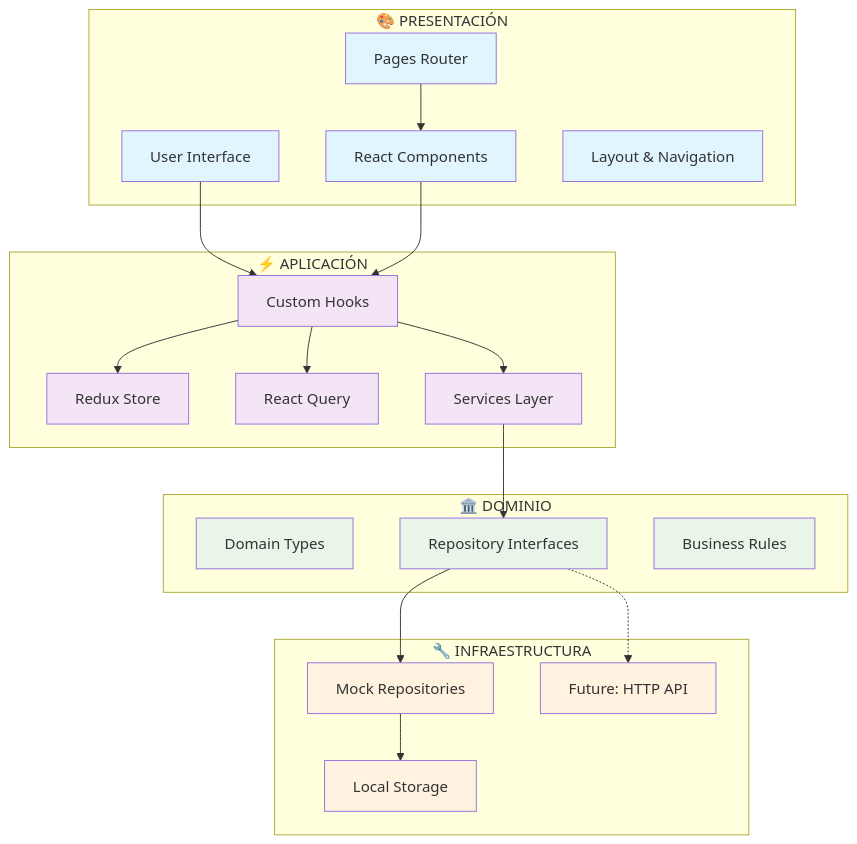
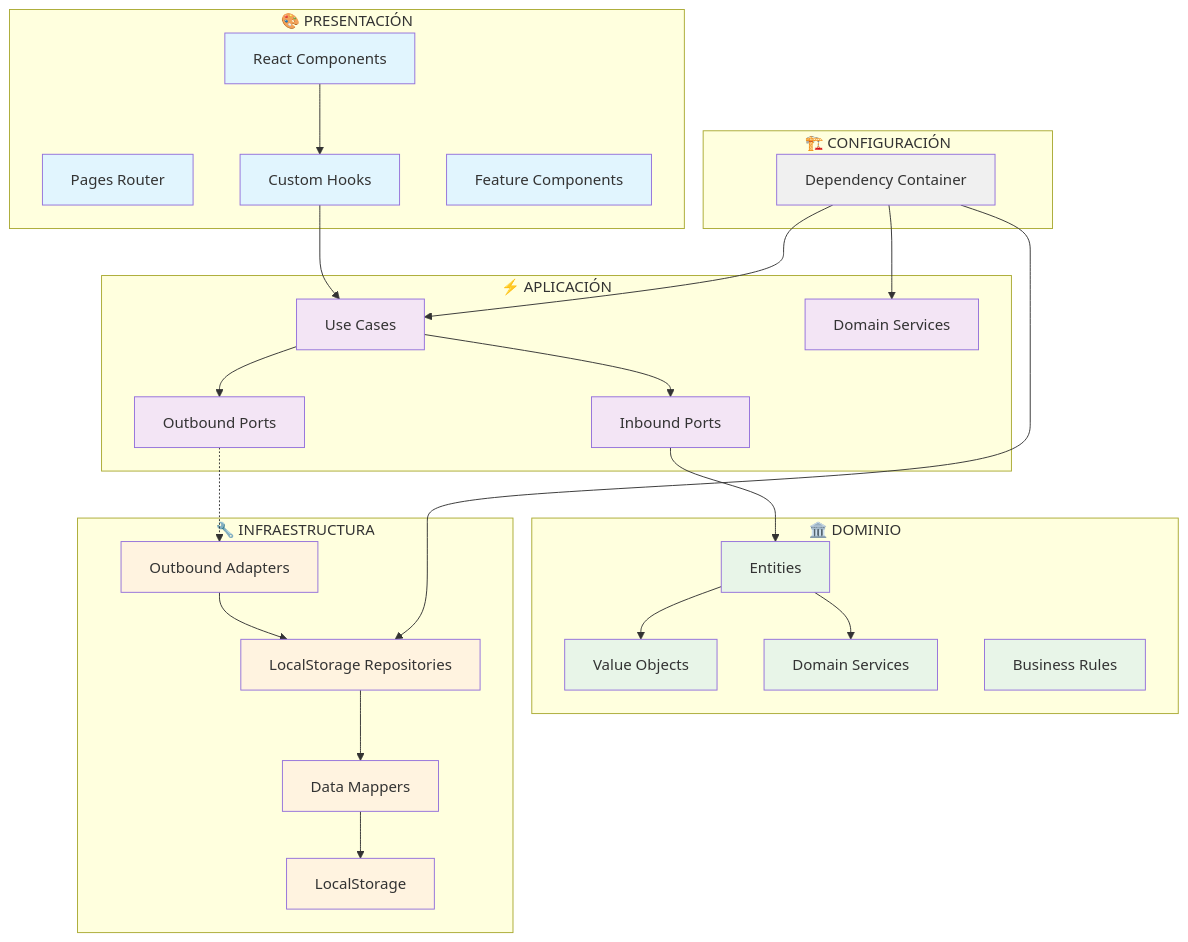
One commit to TzzJokerzzT/article-manager changed the first of 5 diagrams in README.md. Above: the diagram before and after it, drawn with Mermaid. The commit also changed other lines of this file and 36 other files, not shown here.

First line of the commit message:
Refactor to Hexagonal Architecture with Clean Architecture principles

````diff
--- a/README.md
+++ b/README.md
@@ -98,55 +140,72 @@
 ```mermaid
 graph TB
     %% User Interface Layer
     subgraph "🎨 PRESENTACIÓN"
-        UI[User Interface]
+        UI[React Components]
         PAGES[Pages Router]
-        COMPONENTS[React Components]
-        LAYOUT[Layout & Navigation]
+        HOOKS[Custom Hooks]
+        FEATURES[Feature Components]
     end
 
     %% Application Layer
     subgraph "⚡ APLICACIÓN"
-        HOOKS[Custom Hooks]
-        STORE[Redux Store]
-        QUERY[React Query]
-        SERVICES[Services Layer]
+        USECASES[Use Cases]
+        INPORTS[Inbound Ports]
+        OUTPORTS[Outbound Ports]
+        SERVICES[Domain Services]
     end
 
     %% Domain Layer
     subgraph "🏛️ DOMINIO"
-        TYPES[Domain Types]
-        INTERFACES[Repository Interfaces]
-        RULES[Business Rules]
+        ENTITIES[Entities]
+        VALUEOBJS[Value Objects]
+        DOMAINSERVICES[Domain Services]
+        BUSINESSRULES[Business Rules]
     end
 
     %% Infrastructure Layer
     subgraph "🔧 INFRAESTRUCTURA"
-        MOCK[Mock Repositories]
-        STORAGE[Local Storage]
-        FUTURE[Future: HTTP API]
+        REPOS[LocalStorage Repositories]
+        ADAPTERS[Outbound Adapters]
+        MAPPERS[Data Mappers]
+        STORAGE[LocalStorage]
     end
 
-    %% Data Flow
+    %% Dependency Injection
+    subgraph "🏗️ CONFIGURACIÓN"
+        DI[Dependency Container]
+    end
+
+    %% Data Flow - Inbound
     UI --> HOOKS
-    PAGES --> COMPONENTS
-    COMPONENTS --> HOOKS
-    HOOKS --> STORE
-    HOOKS --> QUERY
-    HOOKS --> SERVICES
-    SERVICES --> INTERFACES
-    INTERFACES --> MOCK
-    MOCK --> STORAGE
-    INTERFACES -.-> FUTURE
+    HOOKS --> USECASES
+    USECASES --> INPORTS
+    INPORTS --> ENTITIES
+    ENTITIES --> VALUEOBJS
+    ENTITIES --> DOMAINSERVICES
+
+    %% Data Flow - Outbound
+    USECASES --> OUTPORTS
+    OUTPORTS -.-> ADAPTERS
+    ADAPTERS --> REPOS
+    REPOS --> MAPPERS
+    MAPPERS --> STORAGE
+
+    %% Dependency Injection
+    DI --> USECASES
+    DI --> REPOS
+    DI --> SERVICES
 
     %% Styling
     classDef presentation fill:#e1f5fe
     classDef application fill:#f3e5f5
     classDef domain fill:#e8f5e8
     classDef infrastructure fill:#fff3e0
+    classDef config fill:#f0f0f0
 
-    class UI,PAGES,COMPONENTS,LAYOUT presentation
-    class HOOKS,STORE,QUERY,SERVICES application
-    class TYPES,INTERFACES,RULES domain
-    class MOCK,STORAGE,FUTURE infrastructure
+    class UI,PAGES,HOOKS,FEATURES presentation
+    class USECASES,INPORTS,OUTPORTS,SERVICES application
+    class ENTITIES,VALUEOBJS,DOMAINSERVICES,BUSINESSRULES domain
+    class REPOS,ADAPTERS,MAPPERS,STORAGE infrastructure
+    class DI config
 ```
````
